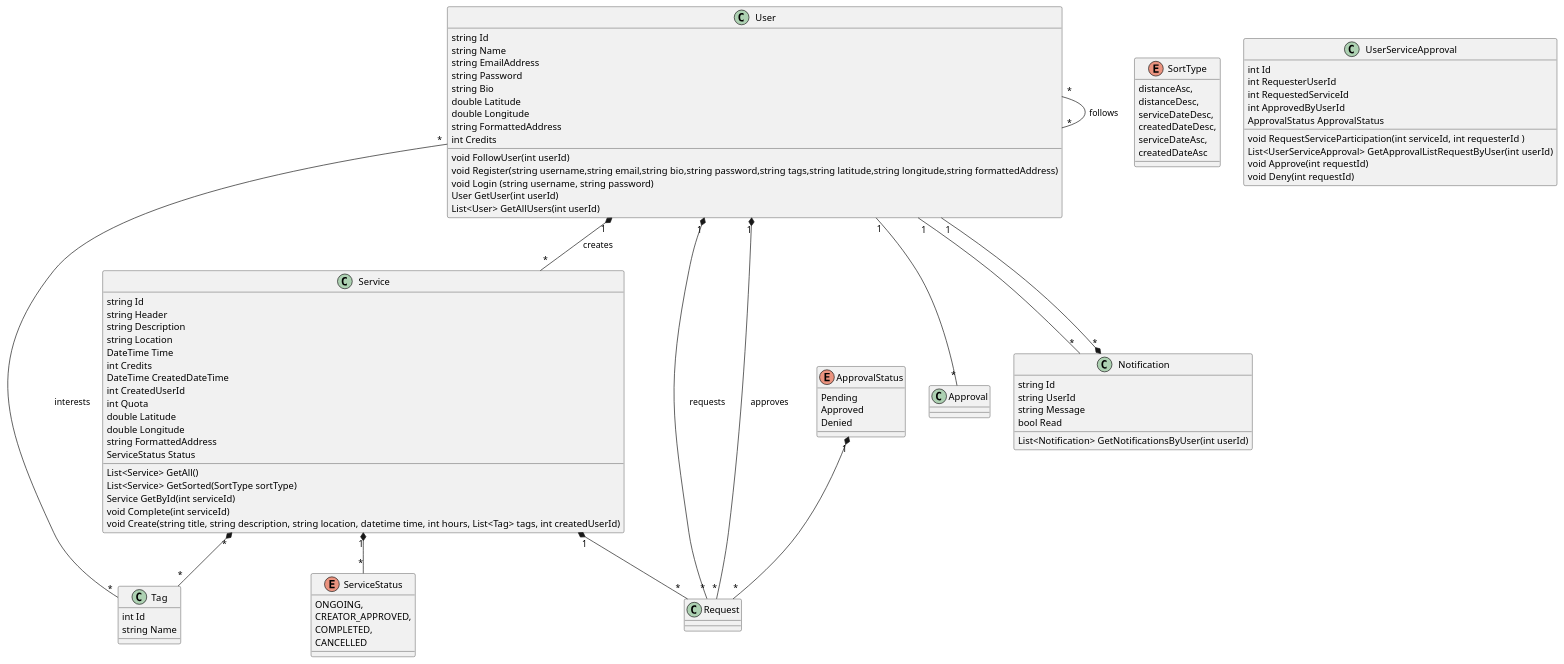
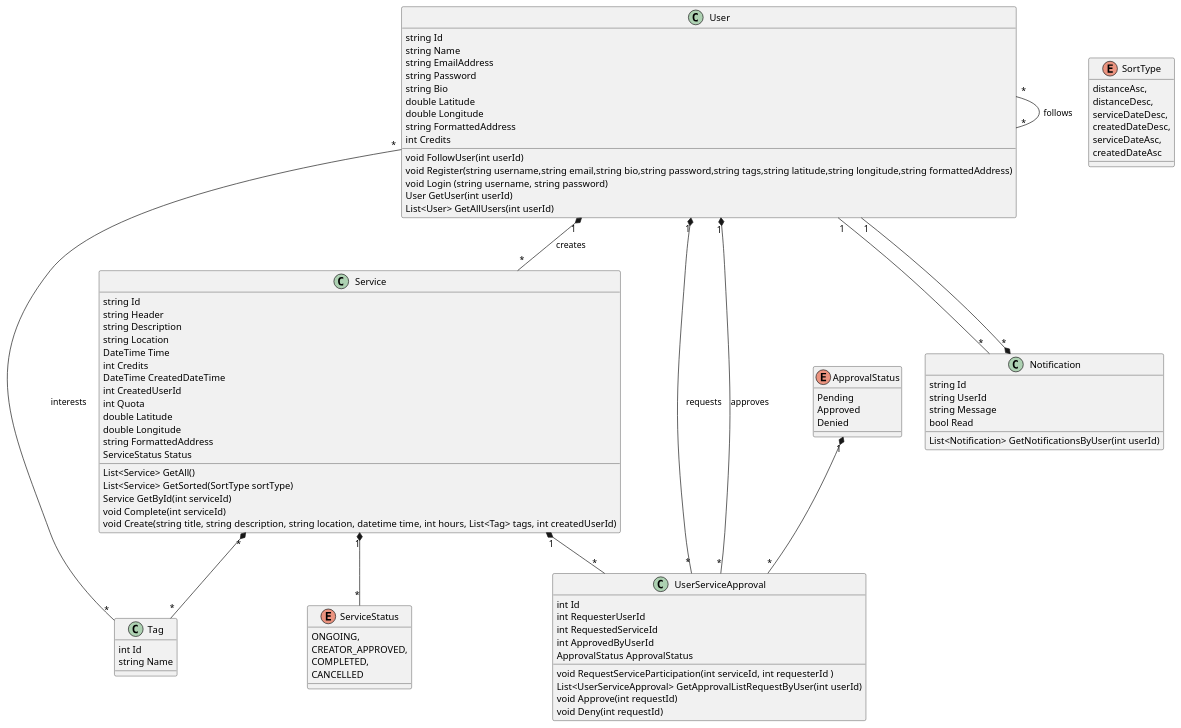
The diagram in diagrams/class-diagram.puml (ecesari/software-development-practice), drawn with PlantUML before and after one commit.

Commit message:
class diagram update

```diff
--- a/diagrams/class-diagram.puml
+++ b/diagrams/class-diagram.puml
@@ -1,111 +1,110 @@
 @startuml Class
 class User {
     string Id
     string Name
     string EmailAddress
     string Password
     string Bio
     double Latitude
     double Longitude
     string FormattedAddress
     int Credits
    
     void FollowUser(int userId)
     void Register(string username,string email,string bio,string password,string tags,string latitude,string longitude,string formattedAddress)
     void Login (string username, string password)
     User GetUser(int userId)
     List<User> GetAllUsers(int userId)
 
 }
 
 
 User "1" *-- "*" Service : creates
 User "*" -- "*" User : follows
 User "*" -- "*" Tag : interests
-User "1" -- "*" Approval
 User "1" -- "*" Notification
 
 
 class Service {
     string Id
     string Header
     string Description
     string Location
     DateTime Time
     int Credits
     DateTime CreatedDateTime
     int CreatedUserId
     int Quota    
     double Latitude
     double Longitude
     string FormattedAddress
     ServiceStatus Status
     List<Service> GetAll()
     List<Service> GetSorted(SortType sortType)
     Service GetById(int serviceId)
     void Complete(int serviceId)
     void Create(string title, string description, string location, datetime time, int hours, List<Tag> tags, int createdUserId)
    
 }
 
 Service "*" *-- "*" Tag 
 Service "1" *-- "*" ServiceStatus 
 
 enum ServiceStatus
 {
     ONGOING,
     CREATOR_APPROVED,
     COMPLETED,
     CANCELLED
 }
 
 enum SortType
 {
     distanceAsc,
     distanceDesc,
     serviceDateDesc,
     createdDateDesc,
     serviceDateAsc,
     createdDateAsc
 }
 
 class Tag{
     int Id
     string Name
 }
 
 class UserServiceApproval{
     int Id
     int RequesterUserId
     int RequestedServiceId
     int ApprovedByUserId
     ApprovalStatus ApprovalStatus
     void RequestServiceParticipation(int serviceId, int requesterId )
     List<UserServiceApproval> GetApprovalListRequestByUser(int userId)
     void Approve(int requestId)
     void Deny(int requestId)
 }
-User "1" *-- "*" Request : requests
-Service "1" *-- "*" Request
-User "1" *-- "*" Request : approves
-ApprovalStatus "1" *-- "*" Request
+User "1" *-- "*" UserServiceApproval : requests
+Service "1" *-- "*" UserServiceApproval
+User "1" *-- "*" UserServiceApproval : approves
+ApprovalStatus "1" *-- "*" UserServiceApproval
 
 enum ApprovalStatus {
     Pending
     Approved
     Denied
 }
 
 class Notification {
     string Id
     string UserId
     string Message
     bool Read
     List<Notification> GetNotificationsByUser(int userId)
 
 }
 
 
 User "1" --* "*" Notification
 
 @enduml
```
